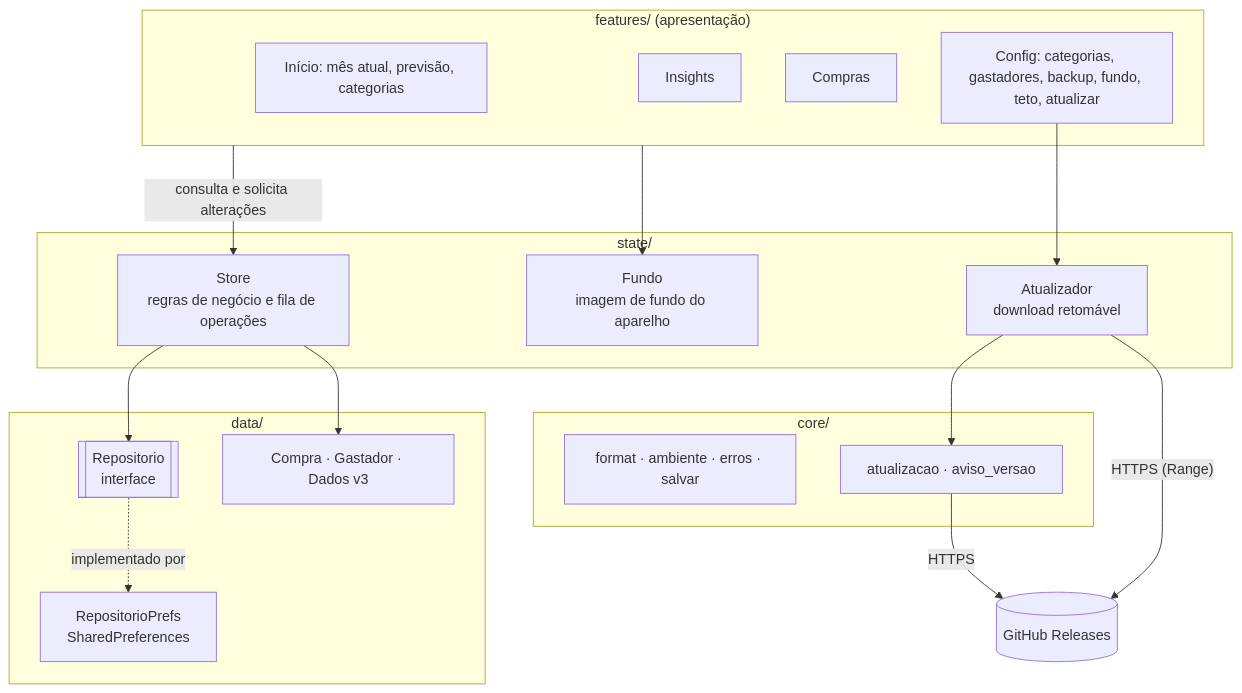
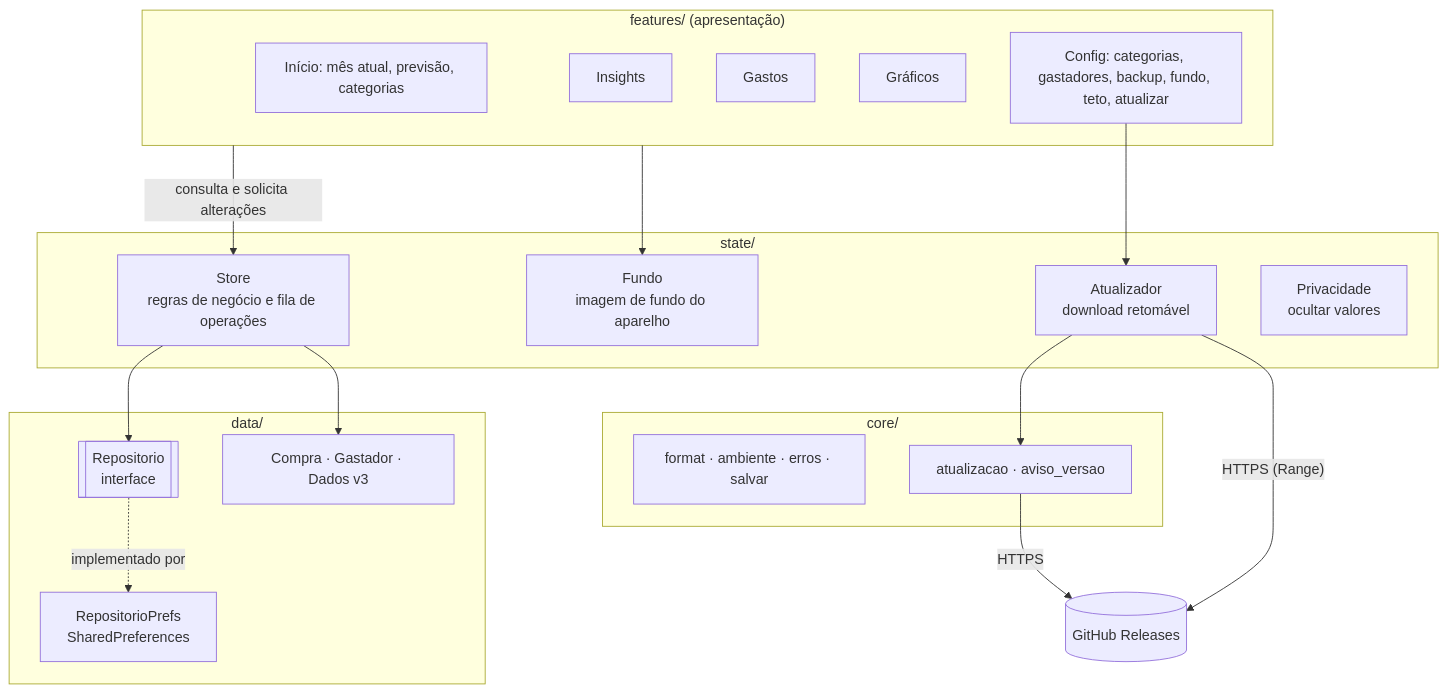
The diagram in README.md (claulis/mesquevem), drawn with Mermaid before and after one commit. The commit also changed other lines of this file and 5 other files, not shown here.

````diff
--- a/README.md
+++ b/README.md
@@ -140,34 +142,36 @@
 ```mermaid
 flowchart TD
     subgraph UI["features/ (apresentação)"]
         H[Início: mês atual, previsão, categorias]
         I[Insights]
-        C[Compras]
+        C[Gastos]
+        G[Gráficos]
         CFG[Config: categorias, gastadores, backup, fundo, teto, atualizar]
     end
     subgraph Estado["state/"]
         S[Store<br/>regras de negócio e fila de operações]
         F[Fundo<br/>imagem de fundo do aparelho]
         AT[Atualizador<br/>download retomável]
+        P[Privacidade<br/>ocultar valores]
     end
     subgraph Dados["data/"]
         R[[Repositorio<br/>interface]]
         RP[RepositorioPrefs<br/>SharedPreferences]
         M[Compra · Gastador · Dados v3]
     end
     subgraph Core["core/"]
         U[format · ambiente · erros · salvar]
         A[atualizacao · aviso_versao]
     end
     GH[(GitHub Releases)]
 
     UI -- consulta e solicita alterações --> S
     UI --> F
     CFG --> AT
     S --> R
     R -. implementado por .-> RP
     S --> M
     AT --> A
     A -- HTTPS --> GH
     AT -- "HTTPS (Range)" --> GH
 ```
````
